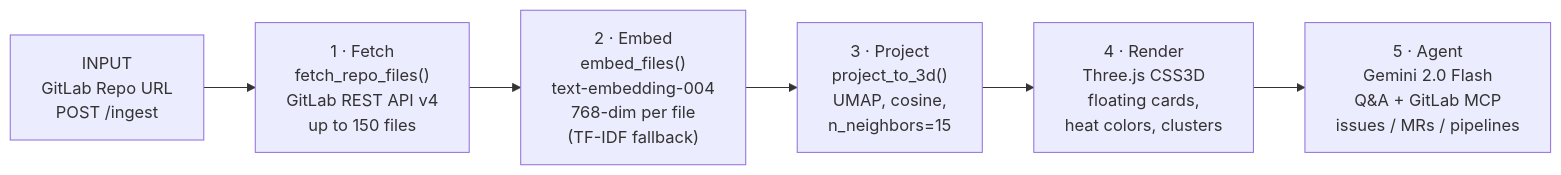
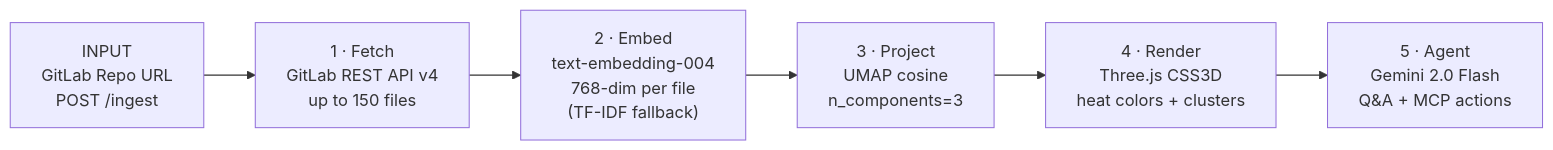
Before and after one commit to ashish-doing/repoterrain: the diagram in README.md, drawn with Mermaid. The commit also changed other lines of this file and 18 other files, not shown here.

````diff
--- a/README.md
+++ b/README.md
@@ -105,8 +98,8 @@
 ```mermaid
 flowchart LR
-    A["INPUT\nGitLab Repo URL\nPOST /ingest"] --> B["1 · Fetch\nfetch_repo_files()\nGitLab REST API v4\nup to 150 files"]
-    B --> C["2 · Embed\nembed_files()\ntext-embedding-004\n768-dim per file\n(TF-IDF fallback)"]
-    C --> D["3 · Project\nproject_to_3d()\nUMAP, cosine,\nn_neighbors=15"]
-    D --> E["4 · Render\nThree.js CSS3D\nfloating cards,\nheat colors, clusters"]
-    E --> F["5 · Agent\nGemini 2.0 Flash\nQ&A + GitLab MCP\nissues / MRs / pipelines"]
+    A["INPUT\nGitLab Repo URL\nPOST /ingest"] --> B["1 · Fetch\nGitLab REST API v4\nup to 150 files"]
+    B --> C["2 · Embed\ntext-embedding-004\n768-dim per file\n(TF-IDF fallback)"]
+    C --> D["3 · Project\nUMAP cosine\nn_components=3"]
+    D --> E["4 · Render\nThree.js CSS3D\nheat colors + clusters"]
+    E --> F["5 · Agent\nGemini 2.0 Flash\nQ&A + MCP actions"]
 ```
````
